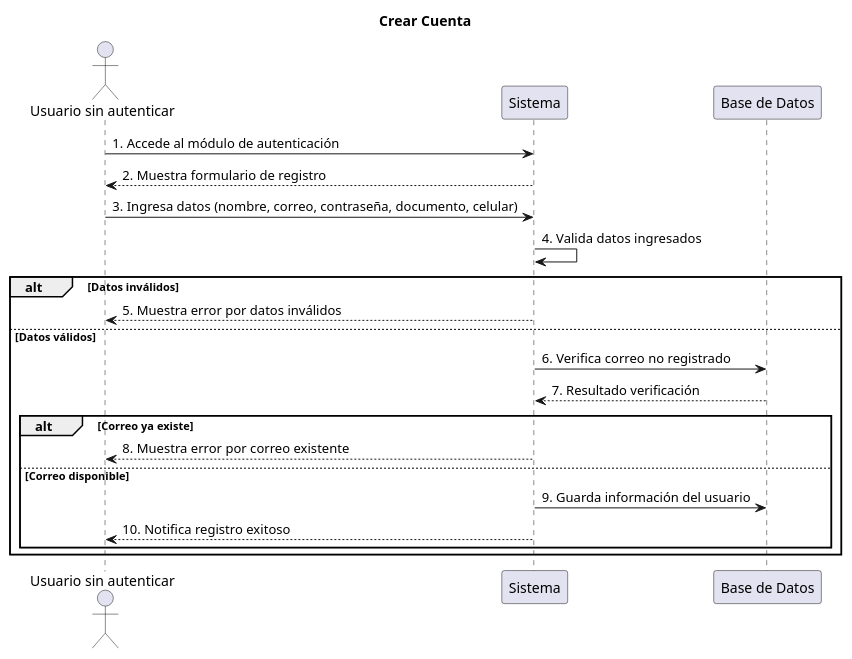
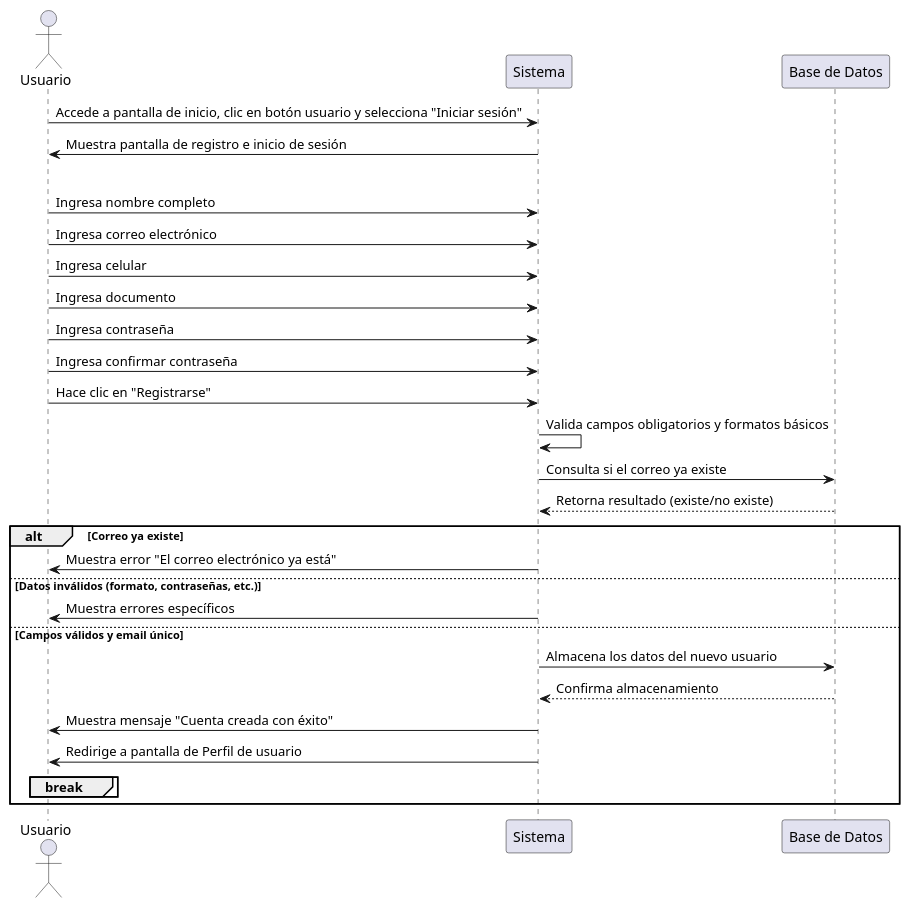
The diagram in diagramas_modulo_autenticacion/secuencia-modulo-autenticacion/Secuencia_Crear_cuenta.puml (LauKnitIn/SISTEMA-GESTOR-DE-RECORRIDOS), drawn with PlantUML before and after one commit. The commit also changed 11 other files, not shown here.

Commit message:
Se modificaron los diagramas de secuencia y actividades del módulo de autenticación

```diff
--- a/diagramas_modulo_autenticacion/secuencia-modulo-autenticacion/Secuencia_Crear_cuenta.puml
+++ b/diagramas_modulo_autenticacion/secuencia-modulo-autenticacion/Secuencia_Crear_cuenta.puml
@@ -1,25 +1,35 @@
 @startuml
-title Crear Cuenta
+actor "Usuario" as user
+participant "Sistema" as system
+participant "Base de Datos" as db
 
-actor "Usuario sin autenticar"  as Usuario
-participant "Sistema" as Sistema
-participant "Base de Datos" as BD
+user -> system: Accede a pantalla de inicio, clic en botón usuario y selecciona "Iniciar sesión"
+system -> user: Muestra pantalla de registro e inicio de sesión
 
-Usuario -> Sistema : 1. Accede al módulo de autenticación
-Sistema --> Usuario : 2. Muestra formulario de registro
-Usuario -> Sistema : 3. Ingresa datos (nombre, correo, contraseña, documento, celular)
-Sistema -> Sistema : 4. Valida datos ingresados
-
-alt Datos inválidos
-    Sistema --> Usuario : 5. Muestra error por datos inválidos
-else Datos válidos
-    Sistema -> BD : 6. Verifica correo no registrado
-    BD --> Sistema : 7. Resultado verificación
-    alt Correo ya existe
-        Sistema --> Usuario : 8. Muestra error por correo existente
-    else Correo disponible
-        Sistema -> BD : 9. Guarda información del usuario
-        Sistema --> Usuario : 10. Notifica registro exitoso
-    end
+loop while no registrado
+  user -> system: Ingresa nombre completo
+  user -> system: Ingresa correo electrónico
+  user -> system: Ingresa celular
+  user -> system: Ingresa documento
+  user -> system: Ingresa contraseña
+  user -> system: Ingresa confirmar contraseña
+  user -> system: Hace clic en "Registrarse"
+  
+  system -> system: Valida campos obligatorios y formatos básicos
+  
+  system -> db: Consulta si el correo ya existe
+  db --> system: Retorna resultado (existe/no existe)
+  
+  alt Correo ya existe
+    system -> user: Muestra error "El correo electrónico ya está"
+  else Datos inválidos (formato, contraseñas, etc.)
+    system -> user: Muestra errores específicos
+  else Campos válidos y email único
+    system -> db: Almacena los datos del nuevo usuario
+    db --> system: Confirma almacenamiento
+    system -> user: Muestra mensaje "Cuenta creada con éxito"
+    system -> user: Redirige a pantalla de Perfil de usuario
+    break
+  end
 end
 @enduml
```
